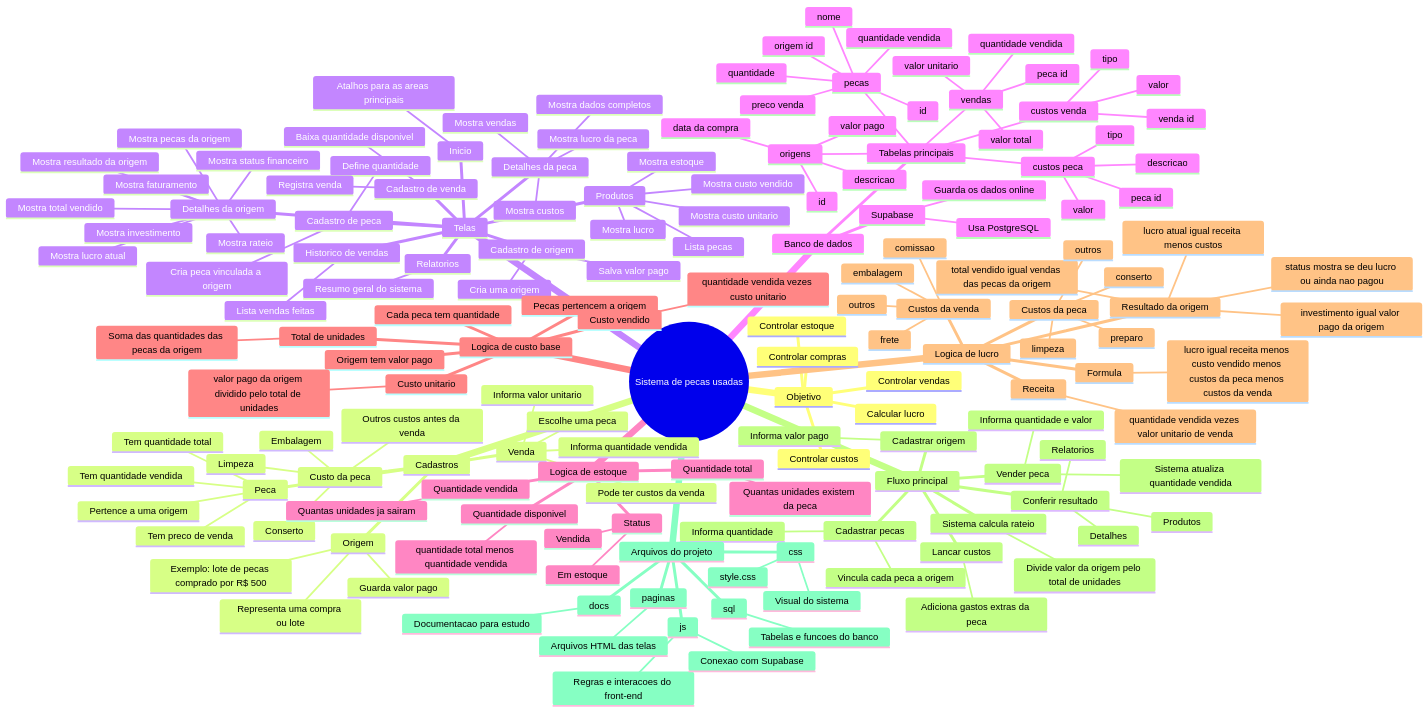
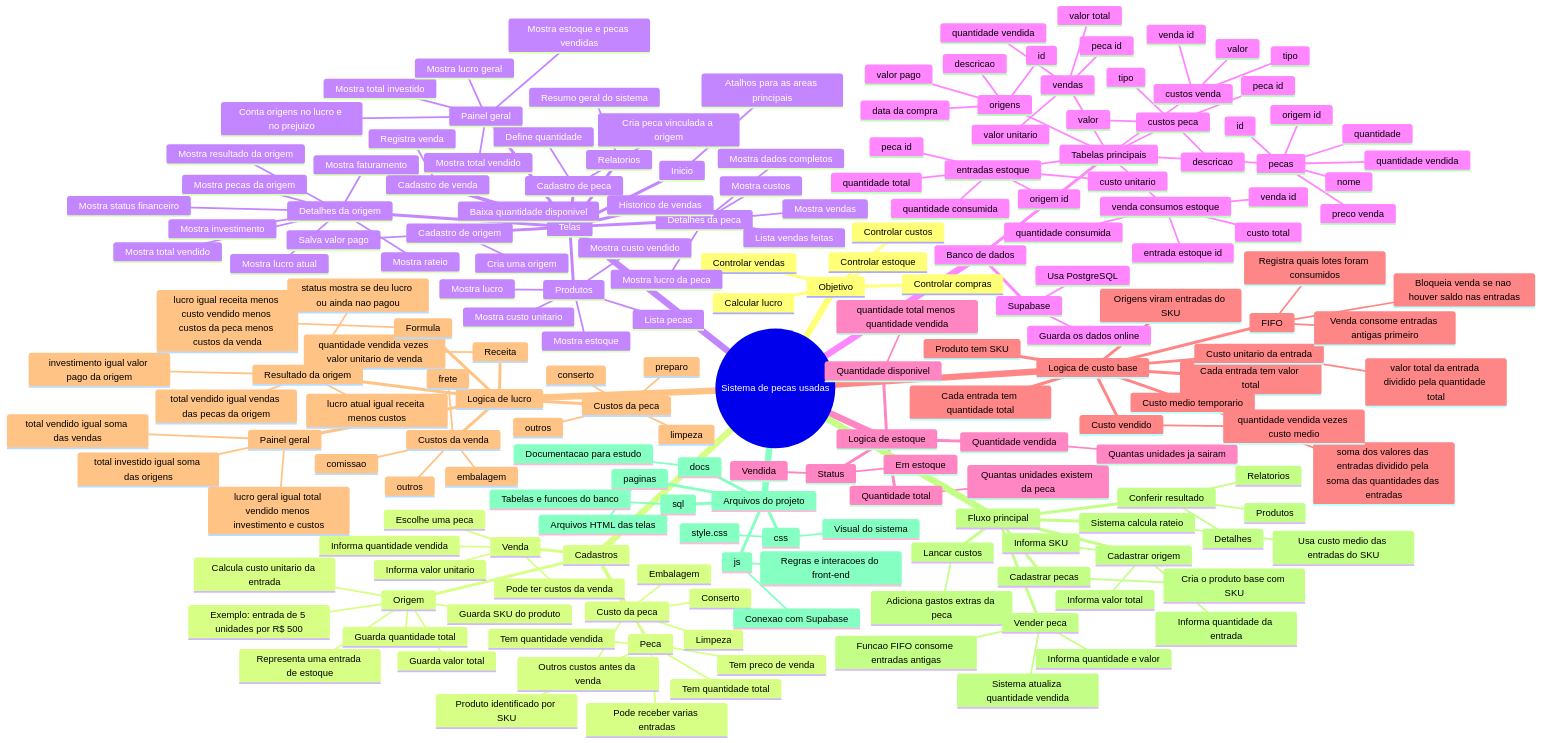
One commit to fereira711-lab/sistema-pecas-usadas changed the diagram in docs/mapa-mental.md. Above: the diagram before and after it, drawn with Mermaid. The commit also changed 32 other files, not shown here.

Commit message:
implementa venda fifo com consumo de lotes

```diff
--- a/docs/mapa-mental.md
+++ b/docs/mapa-mental.md
@@ -14,11 +14,15 @@
 
     Cadastros
       Origem
-        Representa uma compra ou lote
-        Guarda valor pago
-        Exemplo: lote de pecas comprado por R$ 500
+        Representa uma entrada de estoque
+        Guarda SKU do produto
+        Guarda quantidade total
+        Guarda valor total
+        Calcula custo unitario da entrada
+        Exemplo: entrada de 5 unidades por R$ 500
       Peca
-        Pertence a uma origem
+        Produto identificado por SKU
+        Pode receber varias entradas
         Tem quantidade total
         Tem quantidade vendida
         Tem preco de venda
@@ -36,6 +40,12 @@
     Telas
       Inicio
         Atalhos para as areas principais
+      Painel geral
+        Mostra total investido
+        Mostra total vendido
+        Mostra lucro geral
+        Mostra estoque e pecas vendidas
+        Conta origens no lucro e no prejuizo
       Cadastro de origem
         Cria uma origem
         Salva valor pago
@@ -97,6 +107,17 @@
           quantidade vendida
           valor unitario
           valor total
+        entradas estoque
+          peca id
+          origem id
+          quantidade total
+          quantidade consumida
+          custo unitario
+        venda consumos estoque
+          venda id
+          entrada estoque id
+          quantidade consumida
+          custo total
         custos venda
           venda id
           tipo
@@ -114,19 +135,28 @@
         Vendida
 
     Logica de custo base
-      Origem tem valor pago
-      Pecas pertencem a origem
-      Cada peca tem quantidade
-      Total de unidades
-        Soma das quantidades das pecas da origem
-      Custo unitario
-        valor pago da origem dividido pelo total de unidades
+      Produto tem SKU
+      Origens viram entradas do SKU
+      Cada entrada tem quantidade total
+      Cada entrada tem valor total
+      Custo unitario da entrada
+        valor total da entrada dividido pela quantidade total
+      Custo medio temporario
+        soma dos valores das entradas dividido pela soma das quantidades das entradas
       Custo vendido
-        quantidade vendida vezes custo unitario
+        quantidade vendida vezes custo medio
+      FIFO
+        Venda consome entradas antigas primeiro
+        Registra quais lotes foram consumidos
+        Bloqueia venda se nao houver saldo nas entradas
 
     Logica de lucro
       Receita
         quantidade vendida vezes valor unitario de venda
+      Painel geral
+        total investido igual soma das origens
+        total vendido igual soma das vendas
+        lucro geral igual total vendido menos investimento e custos
       Resultado da origem
         investimento igual valor pago da origem
         total vendido igual vendas das pecas da origem
@@ -147,16 +177,18 @@
 
     Fluxo principal
       Cadastrar origem
-        Informa valor pago
+        Informa SKU
+        Informa quantidade da entrada
+        Informa valor total
       Cadastrar pecas
-        Vincula cada peca a origem
-        Informa quantidade
+        Cria o produto base com SKU
       Sistema calcula rateio
-        Divide valor da origem pelo total de unidades
+        Usa custo medio das entradas do SKU
       Lancar custos
         Adiciona gastos extras da peca
       Vender peca
         Informa quantidade e valor
+        Funcao FIFO consome entradas antigas
         Sistema atualiza quantidade vendida
       Conferir resultado
         Produtos
```
